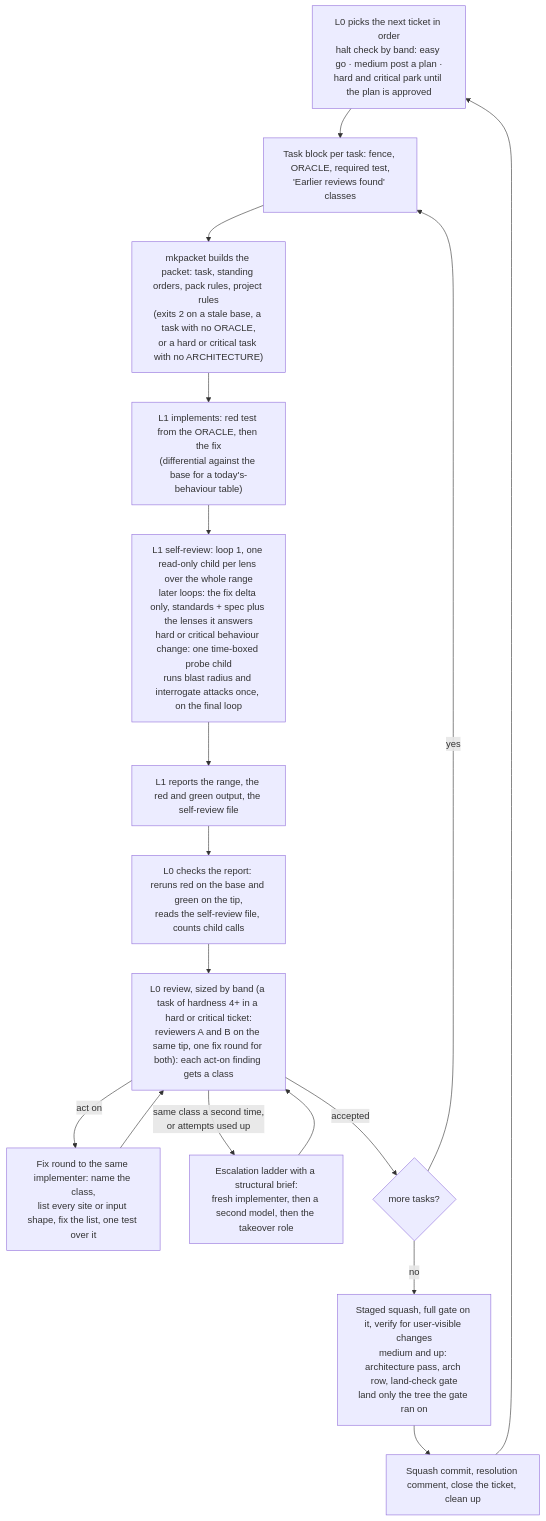
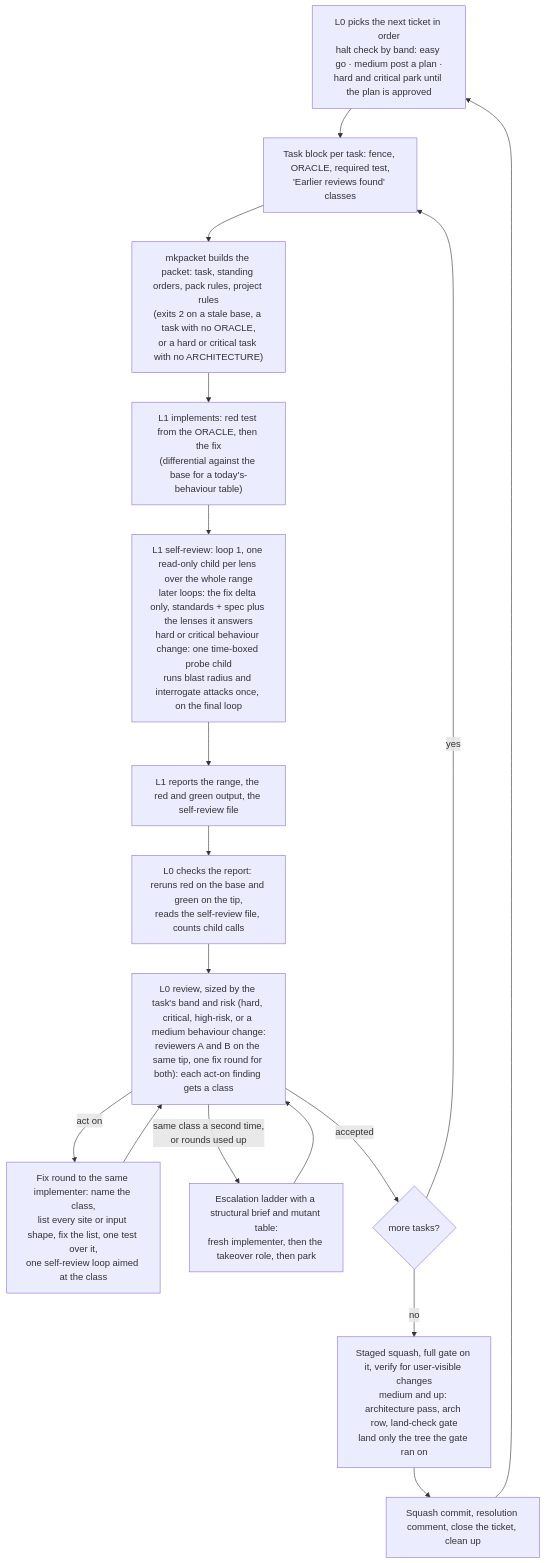
Before and after one commit to kushaldotdev/rigor-pack: the seventh of 7 diagrams in README.md, drawn with Mermaid. The commit also changed other lines of this file and 9 other files, not shown here.

````diff
--- a/README.md
+++ b/README.md
@@ -164,19 +164,19 @@
 ```mermaid
 flowchart TD
   P["L0 picks the next ticket in order<br/>halt check by band: easy go · medium post a plan ·<br/>hard and critical park until the plan is approved"] --> O["Task block per task: fence, ORACLE, required test,<br/>'Earlier reviews found' classes"]
   O --> K["mkpacket builds the packet: task, standing orders, pack rules, project rules<br/>(exits 2 on a stale base, a task with no ORACLE,<br/>or a hard or critical task with no ARCHITECTURE)"]
   K --> I["L1 implements: red test from the ORACLE, then the fix<br/>(differential against the base for a today's-behaviour table)"]
   I --> SR["L1 self-review: loop 1, one read-only child per lens over the whole range<br/>later loops: the fix delta only, standards + spec plus the lenses it answers<br/>hard or critical behaviour change: one time-boxed probe child<br/>runs blast radius and interrogate attacks once, on the final loop"]
   SR --> R["L1 reports the range, the red and green output, the self-review file"]
   R --> C["L0 checks the report: reruns red on the base and green on the tip,<br/>reads the self-review file, counts child calls"]
-  C --> RV["L0 review, sized by band (a task of hardness 4+ in a hard or critical ticket:<br/>reviewers A and B on the same tip, one fix round for both): each act-on finding gets a class"]
-  RV -- "act on" --> FX["Fix round to the same implementer: name the class,<br/>list every site or input shape, fix the list, one test over it"]
+  C --> RV["L0 review, sized by the task's band and risk (hard, critical, high-risk, or a medium behaviour change:<br/>reviewers A and B on the same tip, one fix round for both): each act-on finding gets a class"]
+  RV -- "act on" --> FX["Fix round to the same implementer: name the class,<br/>list every site or input shape, fix the list, one test over it,<br/>one self-review loop aimed at the class"]
   FX --> RV
-  RV -- "same class a second time,<br/>or attempts used up" --> TK["Escalation ladder with a structural brief:<br/>fresh implementer, then a second model, then the takeover role"]
+  RV -- "same class a second time,<br/>or rounds used up" --> TK["Escalation ladder with a structural brief and mutant table:<br/>fresh implementer, then the takeover role, then park"]
   TK --> RV
   RV -- accepted --> N{"more tasks?"}
   N -- yes --> O
   N -- no --> G["Staged squash, full gate on it, verify for user-visible changes<br/>medium and up: architecture pass, arch row, land-check gate<br/>land only the tree the gate ran on"]
   G --> CL["Squash commit, resolution comment, close the ticket, clean up"]
   CL --> P
 ```
````
